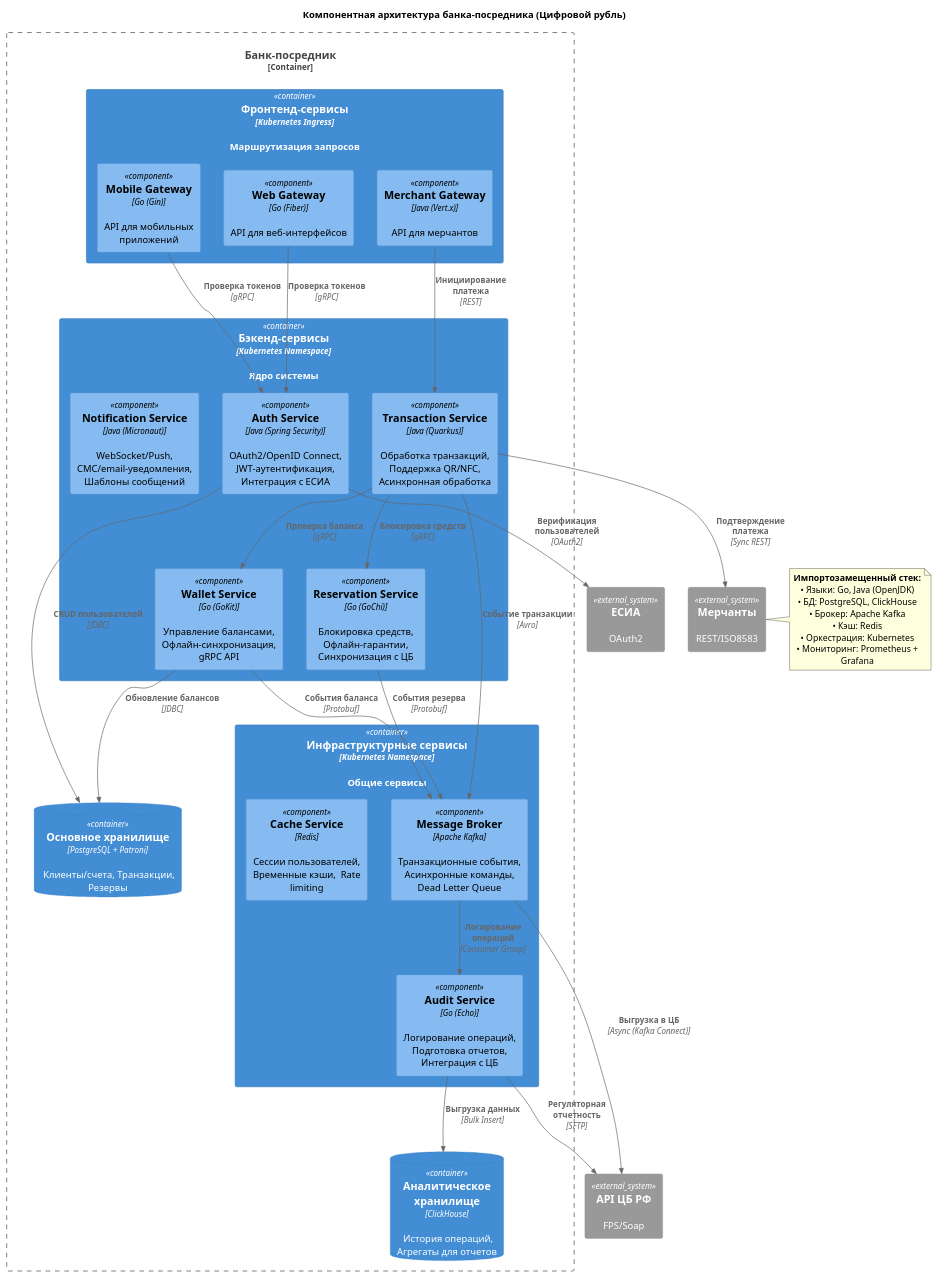
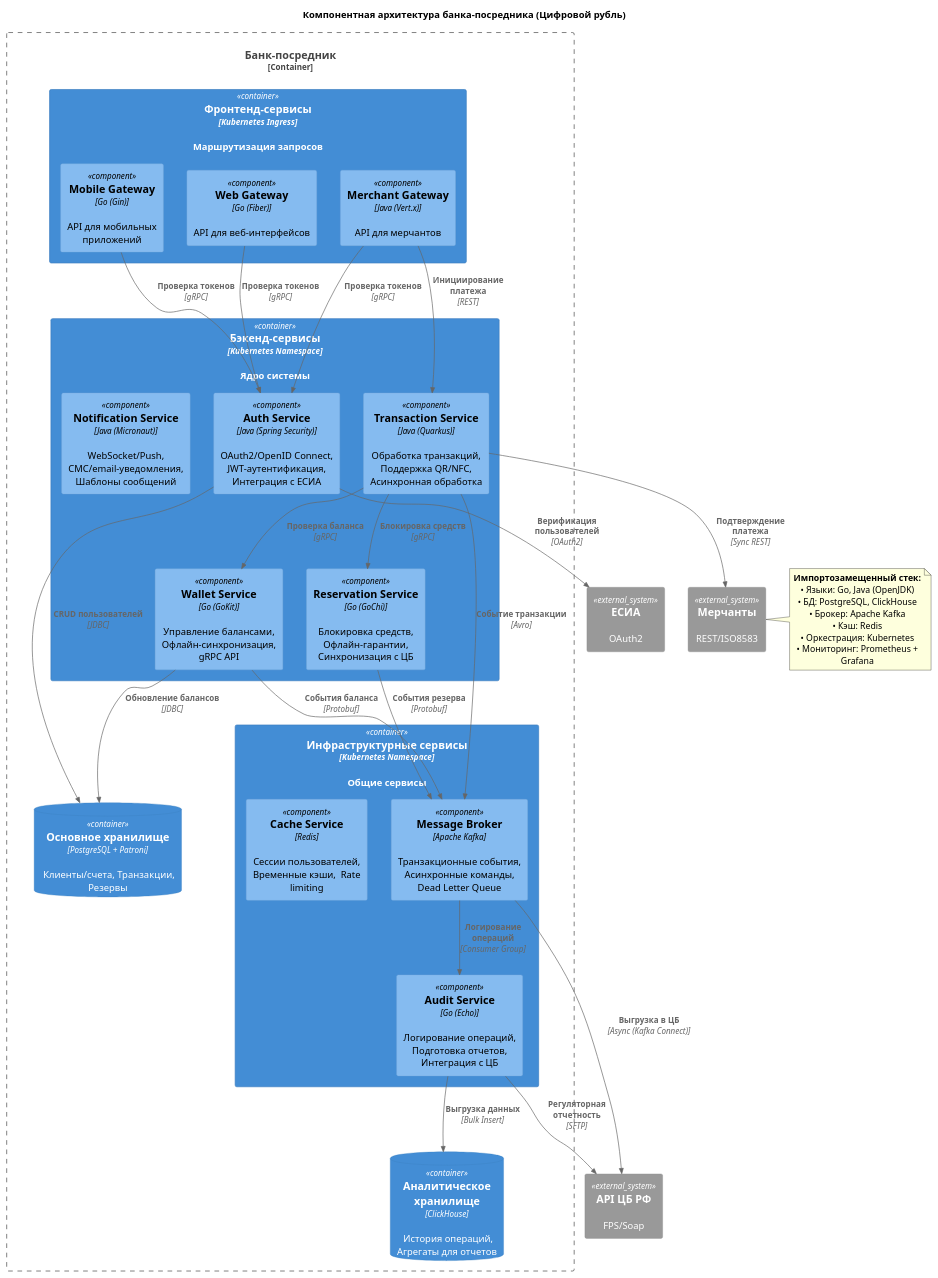
Before and after one commit to shelepovg/architech-2025: the diagram in component-diagramm.plantuml, drawn with PlantUML. The commit also changed 3 other files, not shown here.

```diff
--- a/component-diagramm.plantuml
+++ b/component-diagramm.plantuml
@@ -1,86 +1,87 @@
 @startuml
 !include <C4/C4_Component>
 !include <C4/C4_Container>
 
 title Компонентная архитектура банка-посредника (Цифровой рубль)
 
 ' === Контейнеры ===
 Container_Boundary(bank, "Банк-посредник") {
     ' ----- Frontend -----
     Container(frontend, "Фронтенд-сервисы", "Kubernetes Ingress", "Маршрутизация запросов") {
         Component(mobile_gw, "Mobile Gateway", "Go (Gin)", "API для мобильных приложений")
         Component(web_gw, "Web Gateway", "Go (Fiber)", "API для веб-интерфейсов")
         Component(merchant_gw, "Merchant Gateway", "Java (Vert.x)", "API для мерчантов")
     }
 
     ' ----- Бэкенд -----
     Container(backend, "Бэкенд-сервисы", "Kubernetes Namespace", "Ядро системы") {
         Component(auth_service, "Auth Service", "Java (Spring Security)", "OAuth2/OpenID Connect,  JWT-аутентификация,  Интеграция с ЕСИА")
         
         Component(wallet_service, "Wallet Service", "Go (GoKit)", "Управление балансами,  Офлайн-синхронизация,  gRPC API")
         
         Component(transaction_service, "Transaction Service", "Java (Quarkus)", "Обработка транзакций,  Поддержка QR/NFC,  Асинхронная обработка")
         
         Component(reservation_service, "Reservation Service", "Go (GoChi)", "Блокировка средств,  Офлайн-гарантии,  Синхронизация с ЦБ")
         
         Component(notification_service, "Notification Service", "Java (Micronaut)", "WebSocket/Push,  СМС/email-уведомления,  Шаблоны сообщений")
     }
 
     ' ----- Инфраструктура -----
     Container(infra, "Инфраструктурные сервисы", "Kubernetes Namespace", "Общие сервисы") {
         Component(kafka, "Message Broker", "Apache Kafka", "Транзакционные события,  Асинхронные команды,  Dead Letter Queue")
         
         Component(redis, "Cache Service", "Redis", "Сессии пользователей,  Временные кэши,  Rate limiting")
         
         Component(audit_service, "Audit Service", "Go (Echo)", "Логирование операций,  Подготовка отчетов,  Интеграция с ЦБ")
     }
 
     ' ----- Хранилища -----
     ContainerDb(postgres, "Основное хранилище", "PostgreSQL + Patroni", " Клиенты/счета, Транзакции, Резервы")
     
     ContainerDb(clickhouse, "Аналитическое хранилище", "ClickHouse", " История операций, Агрегаты для отчетов")
 }
 
 ' === Внешние системы ===
 System_Ext(cbr_gateway, "API ЦБ РФ", "FPS/Soap")
 System_Ext(esia, "ЕСИА", "OAuth2")
 System_Ext(merchants, "Мерчанты", "REST/ISO8583")
 
 ' === Связи ===
 ' Внешние интеграции
 Rel(mobile_gw, auth_service, "Проверка токенов", "gRPC")
 Rel(web_gw, auth_service, "Проверка токенов", "gRPC")
+Rel(merchant_gw, auth_service, "Проверка токенов", "gRPC")
 Rel(auth_service, esia, "Верификация пользователей", "OAuth2")
 
 ' Транзакционный поток
 Rel(merchant_gw, transaction_service, "Инициирование платежа", "REST")
 Rel(transaction_service, wallet_service, "Проверка баланса", "gRPC")
 Rel(transaction_service, reservation_service, "Блокировка средств", "gRPC")
 Rel(transaction_service, kafka, "Событие транзакции", "Avro")
 Rel(kafka, cbr_gateway, "Выгрузка в ЦБ", "Async (Kafka Connect)")
 
 ' Асинхронные взаимодействия
 Rel(wallet_service, kafka, "События баланса", "Protobuf")
 Rel(reservation_service, kafka, "События резерва", "Protobuf")
 Rel(kafka, audit_service, "Логирование операций", "Consumer Group")
 
 ' Хранение данных
 Rel(auth_service, postgres, "CRUD пользователей", "JDBC")
 Rel(wallet_service, postgres, "Обновление балансов", "JDBC")
 Rel(audit_service, clickhouse, "Выгрузка данных", "Bulk Insert")
 
 ' Особые интеграции
 Rel(transaction_service, merchants, "Подтверждение платежа", "Sync REST")
 Rel(audit_service, cbr_gateway, "Регуляторная отчетность", "SFTP")
 
 ' === Технологический стек ===
 note right
   <b>Импортозамещенный стек:</b>
   • Языки: Go, Java (OpenJDK)
   • БД: PostgreSQL, ClickHouse
   • Брокер: Apache Kafka
   • Кэш: Redis
   • Оркестрация: Kubernetes
   • Мониторинг: Prometheus + Grafana
 end note
 @enduml
```
